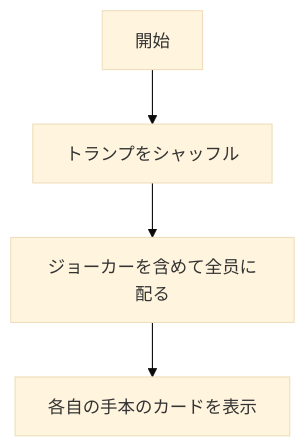
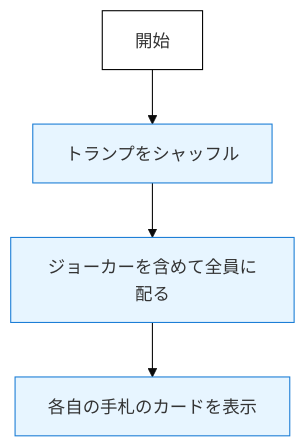
The first of 4 diagrams in ばば抜きのアルゴリズム.md (pochang6/education-notes), drawn with Mermaid (base theme) before and after one commit. The commit also changed other lines of this file, not shown here.

````diff
--- a/ばば抜きのアルゴリズム.md
+++ b/ばば抜きのアルゴリズム.md
@@ -19,6 +19,9 @@
 ```mermaid
 flowchart TD
-  A[開始] --> B[トランプをシャッフル]
-  B --> C[ジョーカーを含めて全员に配る]
-  C --> D[各自の手本のカードを表示]
+  A[開始]:::start --> B[トランプをシャッフル]:::process
+  B --> C[ジョーカーを含めて全員に配る]:::process
+  C --> D[各自の手札のカードを表示]:::process
+
+  classDef start fill:#ffffff,stroke:#000000,stroke-width:1px;
+  classDef process fill:#e7f5ff,stroke:#1c7ed6,stroke-width:1px;
 ```
````
